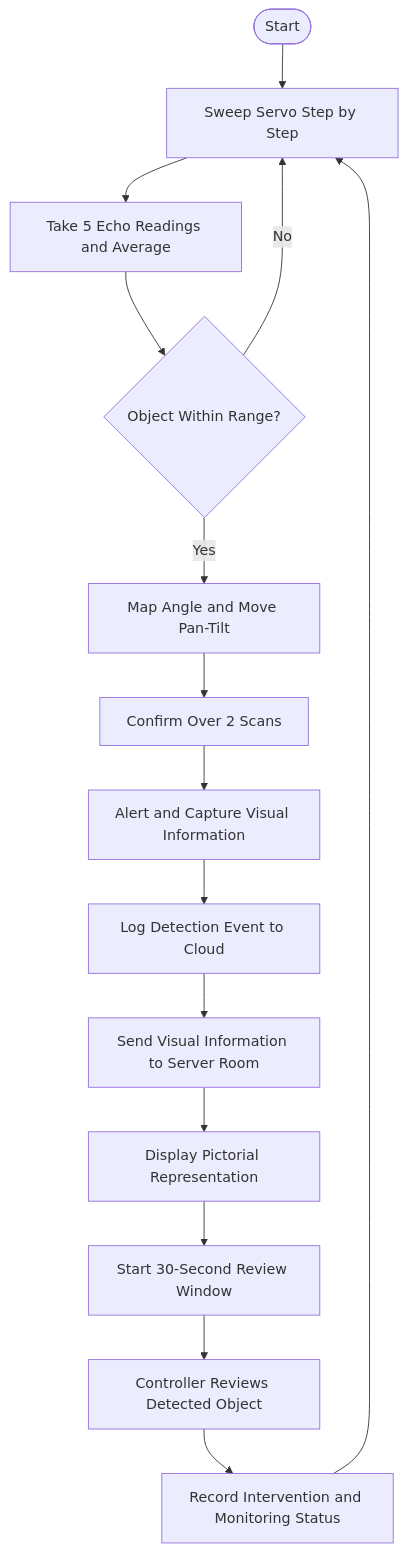
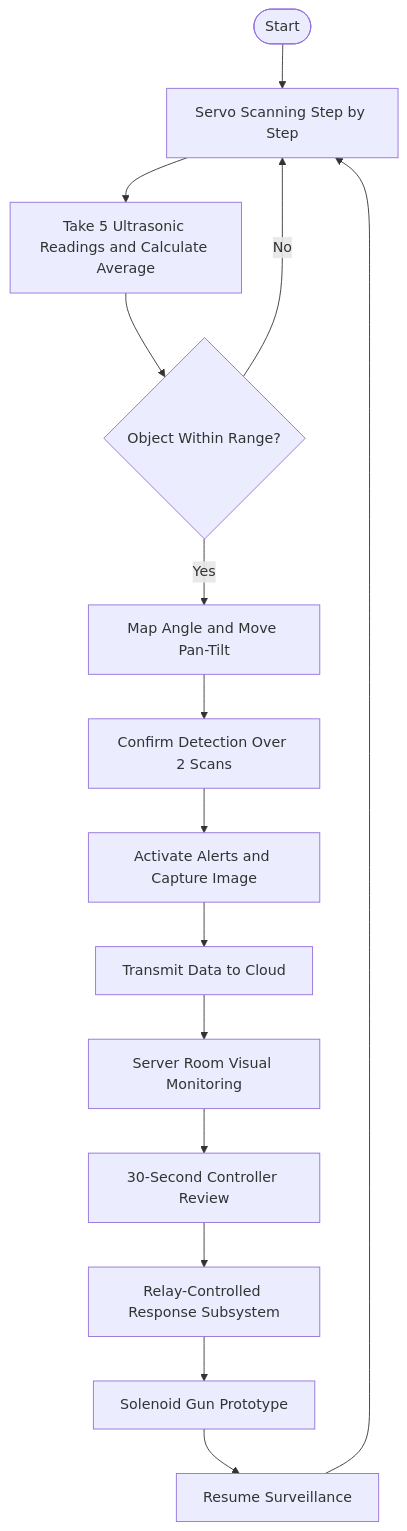
One commit to vikasmenasagi01/iot-radar-surveillance-system changed the second of 2 diagrams in README.md. Above: the diagram before and after it, drawn with Mermaid. The commit also changed other lines of this file, not shown here.

````diff
--- a/README.md
+++ b/README.md
@@ -81,17 +78,17 @@
 ```mermaid
 flowchart TD
-    A([Start]) --> B[Sweep Servo Step by Step]
-    B --> C[Take 5 Echo Readings and Average]
+    A([Start]) --> B[Servo Scanning Step by Step]
+    B --> C[Take 5 Ultrasonic Readings and Calculate Average]
     C --> D{Object Within Range?}
     D -->|No| B
     D -->|Yes| E[Map Angle and Move Pan-Tilt]
-    E --> F[Confirm Over 2 Scans]
-    F --> G[Alert and Capture Visual Information]
-    G --> H[Log Detection Event to Cloud]
-    H --> I[Send Visual Information to Server Room]
-    I --> J[Display Pictorial Representation]
-    J --> K[Start 30-Second Review Window]
-    K --> L[Controller Reviews Detected Object]
-    L --> M[Record Intervention and Monitoring Status]
+    E --> F[Confirm Detection Over 2 Scans]
+    F --> G[Activate Alerts and Capture Image]
+    G --> H[Transmit Data to Cloud]
+    H --> I[Server Room Visual Monitoring]
+    I --> J[30-Second Controller Review]
+    J --> K[Relay-Controlled Response Subsystem]
+    K --> L[Solenoid Gun Prototype]
+    L --> M[Resume Surveillance]
     M --> B
 ```
````
